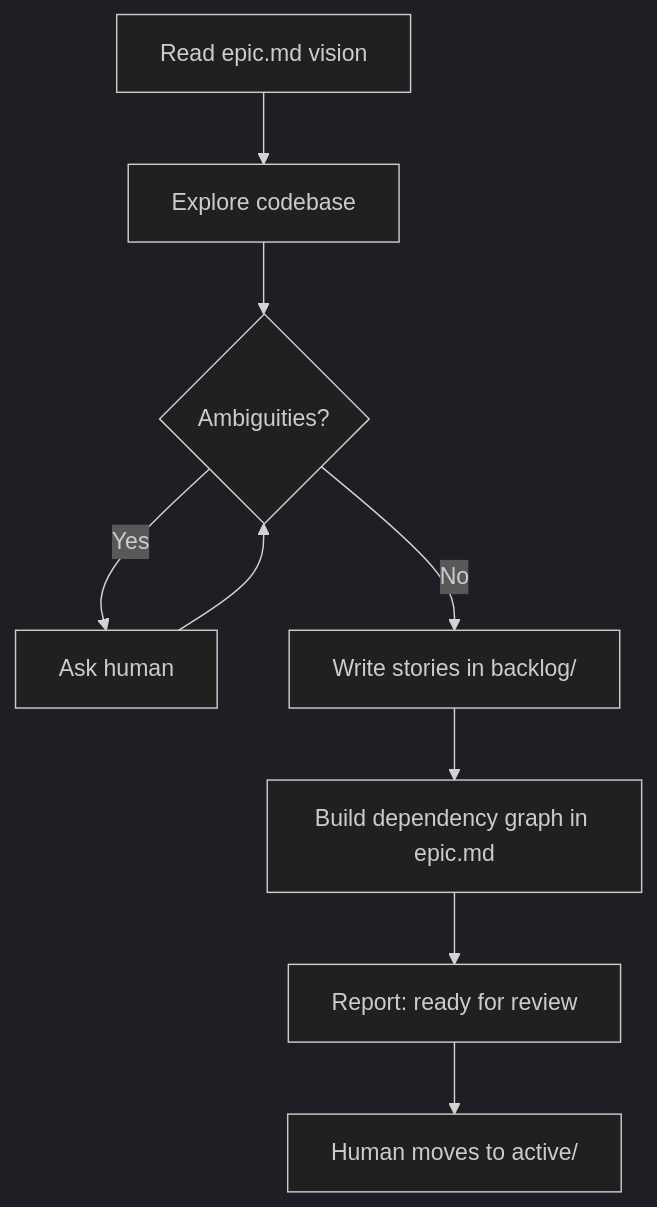
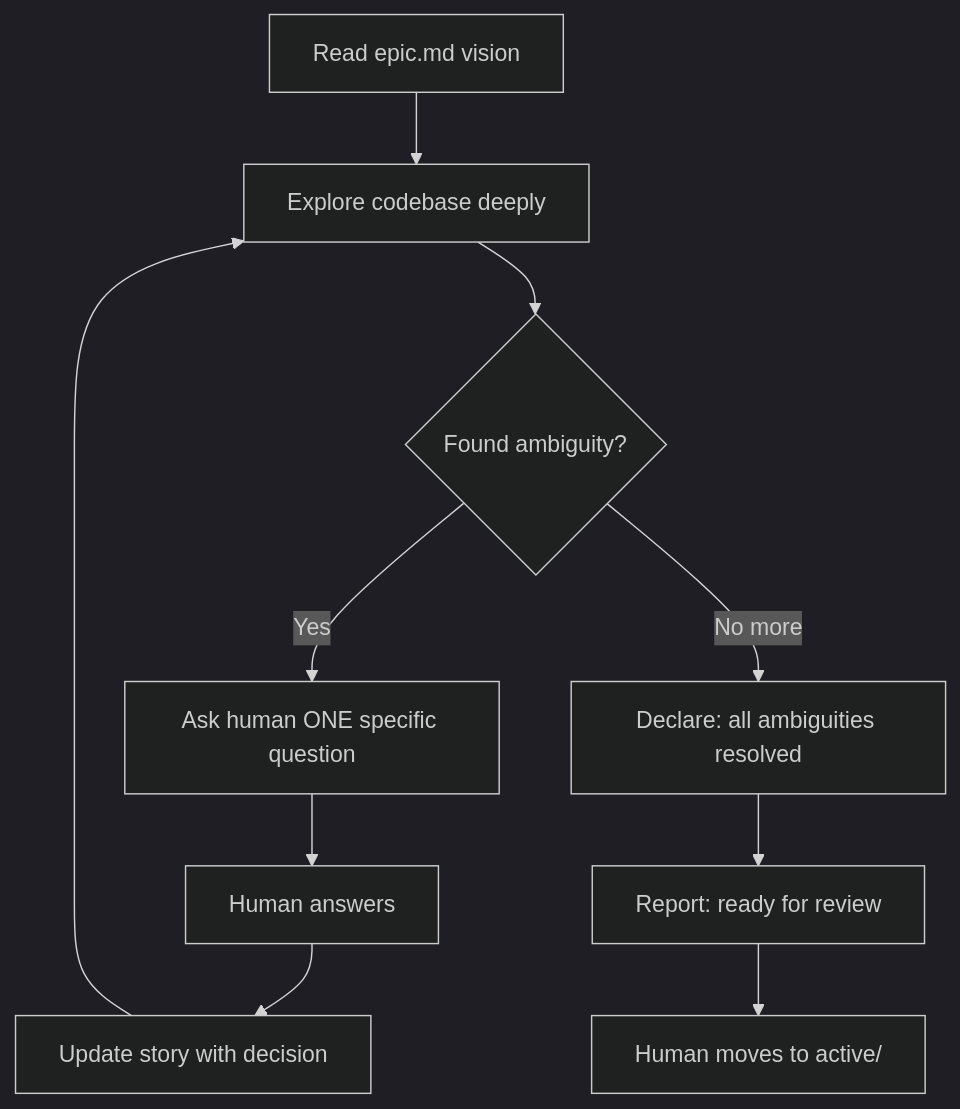
Before and after one commit to brysontang/domino: the diagram in phases/epic-planning.md, drawn with Mermaid (dark theme). The commit also changed other lines of this file, not shown here.

Commit message:
Fix planning phase: Claude drives discovery, not human
Problem: Claude was asking "any other gaps?" and waiting for human
Solution: Claude explores codebase, finds ambiguities, asks specific questions

Key rules:
- YOU drive discovery - never ask "any other gaps?"
- Ask ONE question at a time, update story, repeat
- Declare "all ambiguities resolved" when done

````diff
--- a/phases/epic-planning.md
+++ b/phases/epic-planning.md
@@ -5,10 +5,12 @@
 ```mermaid
 flowchart TD
-    Start[Read epic.md vision] --> Explore[Explore codebase]
-    Explore --> Ask{Ambiguities?}
-    Ask -->|Yes| Clarify[Ask human] --> Ask
-    Ask -->|No| Write[Write stories in backlog/]
-    Write --> Graph[Build dependency graph in epic.md]
-    Graph --> Report[Report: ready for review]
+    Start[Read epic.md vision] --> Explore[Explore codebase deeply]
+    Explore --> Find{Found ambiguity?}
+    Find -->|Yes| Ask[Ask human ONE specific question]
+    Ask --> Answer[Human answers]
+    Answer --> Update[Update story with decision]
+    Update --> Explore
+    Find -->|No more| Done[Declare: all ambiguities resolved]
+    Done --> Report[Report: ready for review]
     Report --> Human[Human moves to active/]
 ```
````
